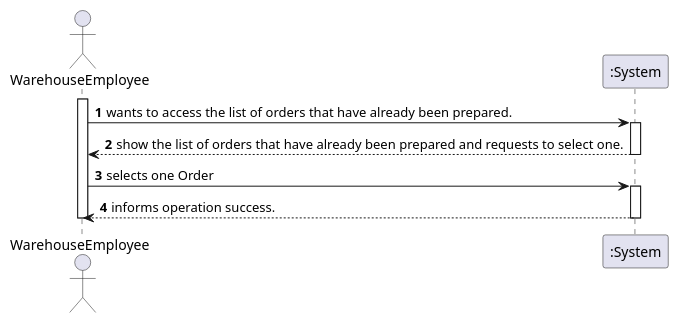
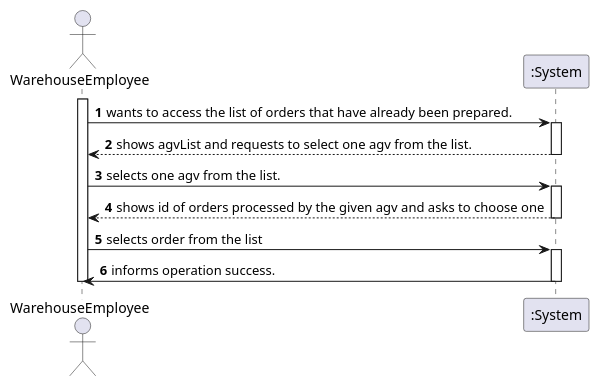
The diagram in docs/1201284/US2004/SSD_GetPreparedOrders.puml (ana-albergaria/LAPR4-ISEP), drawn with PlantUML before and after one commit. The commit also changed 13 other files, not shown here.

```diff
--- a/docs/1201284/US2004/SSD_GetPreparedOrders.puml
+++ b/docs/1201284/US2004/SSD_GetPreparedOrders.puml
@@ -1,29 +1,38 @@
 @startuml
 'https://plantuml.com/sequence-diagram
 
 autonumber
 
 actor WarehouseEmployee as WE
 participant ":System" as System
 
 activate WE
 
 WE -> System: wants to access the list of orders that have already been prepared.
 
 activate System
 
-System --> WE: show the list of orders that have already been prepared and requests to select one.
+System --> WE: shows agvList and requests to select one agv from the list.
 
 deactivate System
 
-WE -> System: selects one Order
+WE -> System: selects one agv from the list.
 
 activate System
 
-System --> WE: informs operation success.
+System --> WE: shows id of orders processed by the given agv and asks to choose one
 
 deactivate System
+
+WE -> System : selects order from the list
+
+activate System
+
+System -> WE : informs operation success.
+
+deactivate System
+
 
 deactivate WE
 
 @enduml
```
